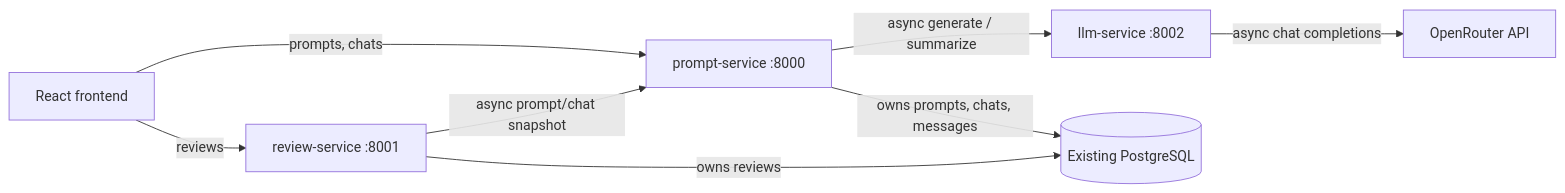
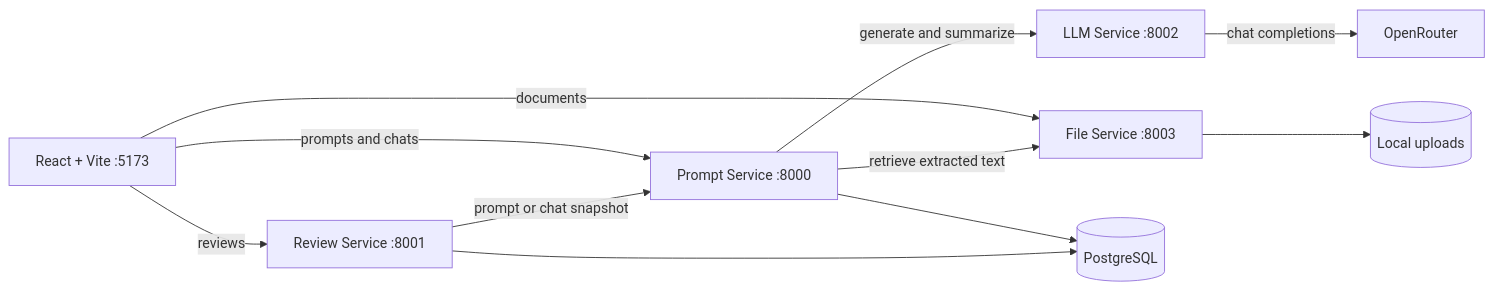
The diagram in README.md (aqeelsql/prompt-manager), drawn with Mermaid before and after one commit. The commit also changed other lines of this file and 29 other files, not shown here.

````diff
--- a/README.md
+++ b/README.md
@@ -14,17 +25,22 @@
 ```mermaid
 flowchart LR
-    UI[React frontend]
-    PS[prompt-service :8000]
-    LS[llm-service :8002]
-    OR[OpenRouter API]
-    RS[review-service :8001]
-    DB[(Existing PostgreSQL)]
+    UI[React + Vite :5173]
+    PS[Prompt Service :8000]
+    RS[Review Service :8001]
+    LS[LLM Service :8002]
+    FS[File Service :8003]
+    OR[OpenRouter]
+    DB[(PostgreSQL)]
+    DISK[(Local uploads)]
 
-    UI -->|prompts, chats| PS
-    PS -->|async generate / summarize| LS
-    LS -->|async chat completions| OR
+    UI -->|prompts and chats| PS
     UI -->|reviews| RS
-    RS -->|async prompt/chat snapshot| PS
-    PS -->|owns prompts, chats, messages| DB
-    RS -->|owns reviews| DB
+    UI -->|documents| FS
+    PS -->|generate and summarize| LS
+    PS -->|retrieve extracted text| FS
+    RS -->|prompt or chat snapshot| PS
+    LS -->|chat completions| OR
+    PS --> DB
+    RS --> DB
+    FS --> DISK
 ```
````
